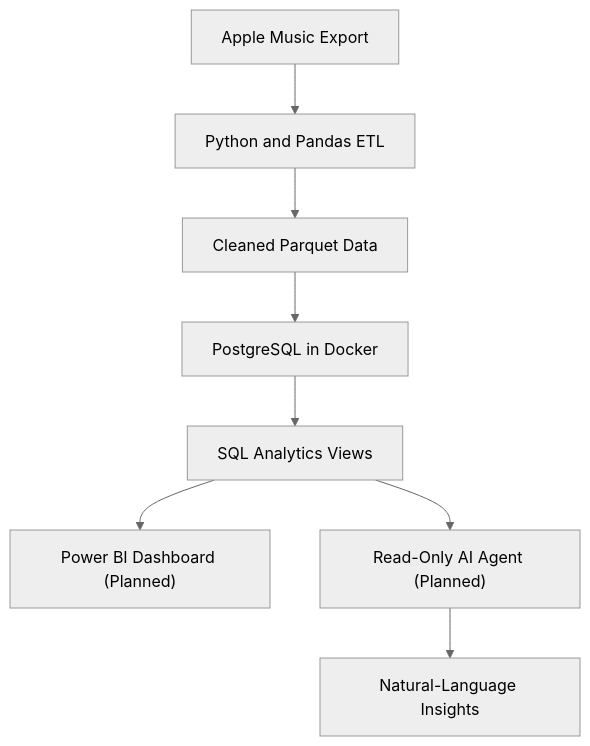
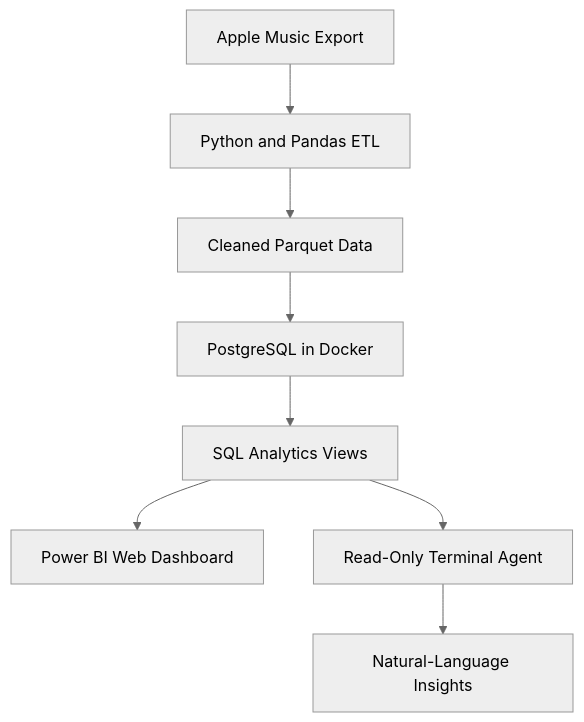
Before and after one commit to Mohamed254-pixel/music-insights-agent: the diagram in README.md, drawn with Mermaid (neutral theme). The commit also changed other lines of this file and 16 other files, not shown here.

Commit message:
Add read-only terminal analytics agent with restricted SQL tools

````diff
--- a/README.md
+++ b/README.md
@@ -23,10 +32,10 @@
 ```mermaid
 flowchart TD
     A["Apple Music Export"] --> B["Python and Pandas ETL"]
     B --> C["Cleaned Parquet Data"]
     C --> D["PostgreSQL in Docker"]
     D --> E["SQL Analytics Views"]
-    E --> F["Power BI Dashboard (Planned)"]
-    E --> G["Read-Only AI Agent (Planned)"]
+    E --> F["Power BI Web Dashboard"]
+    E --> G["Read-Only Terminal Agent"]
     G --> H["Natural-Language Insights"]
 ```
````
